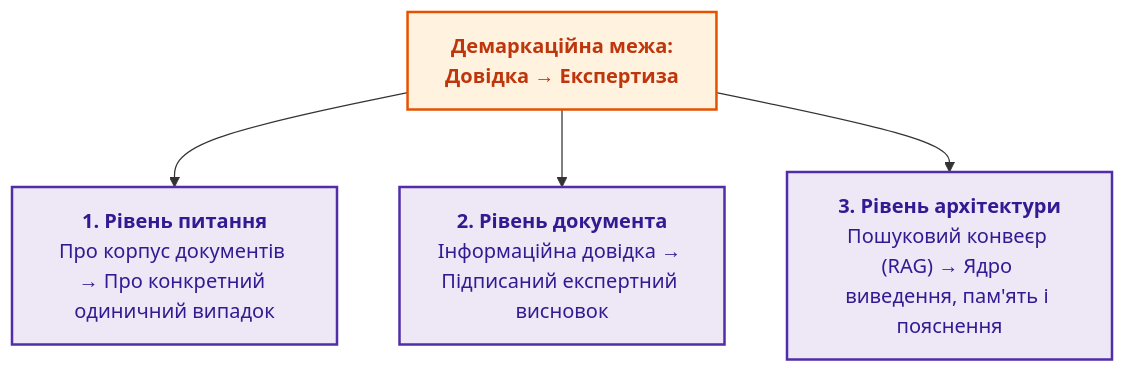
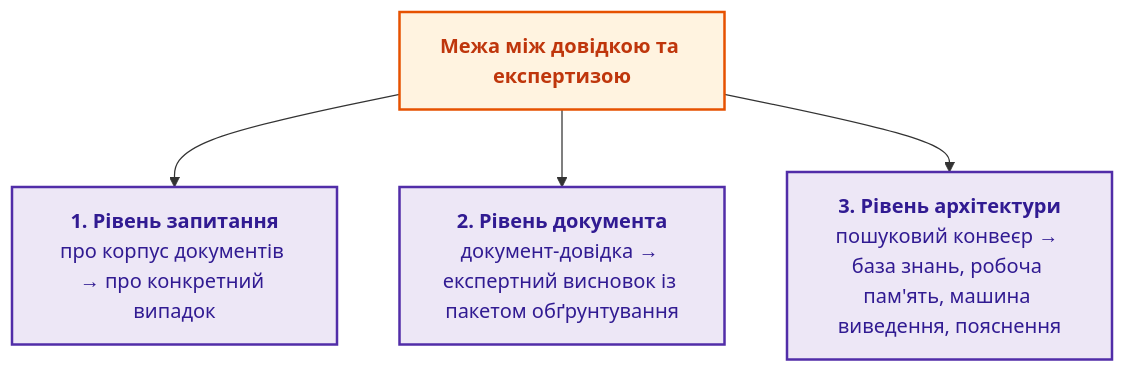
The sixth of 6 diagrams in ExpertSystem/ch03-beyond-reference-information-systems.md (nick-fedchik/articles), drawn with Mermaid before and after one commit. The commit also changed other lines of this file and 3 other files, not shown here.

````diff
--- a/ExpertSystem/ch03-beyond-reference-information-systems.md
+++ b/ExpertSystem/ch03-beyond-reference-information-systems.md
@@ -417,16 +467,16 @@
 ```mermaid
 flowchart TB
-    accTitle: Три рівні розмежування довідкових та експертних систем
-    accDescr: Межа між довідкою та експертизою на рівні формулювання запитання, типу вихідного документа та складу архітектурних блоків.
+    accTitle: Три рівні межі між довідкою та експертизою
+    accDescr: Межа між довідкою та експертизою проходить на рівні запитання, на рівні вихідного документа й на рівні архітектури.
 
-    B["<b>Демаркаційна межа:<br/>Довідка → Експертиза</b>"]
-    B --> L1["<b>1. Рівень питання</b><br/>Про корпус документів → Про конкретний одиничний випадок"]
-    B --> L2["<b>2. Рівень документа</b><br/>Інформаційна довідка → Підписаний експертний висновок"]
-    B --> L3["<b>3. Рівень архітектури</b><br/>Пошуковий конвеєр (RAG) → Ядро виведення, пам'ять і пояснення"]
+    B["<b>Межа між довідкою та експертизою</b>"]
+    B --> L1["<b>1. Рівень запитання</b><br/>про корпус документів → про конкретний випадок"]
+    B --> L2["<b>2. Рівень документа</b><br/>документ-довідка → експертний висновок із пакетом обґрунтування"]
+    B --> L3["<b>3. Рівень архітектури</b><br/>пошуковий конвеєр → база знань, робоча пам'ять, машина виведення, пояснення"]
 
     classDef root fill:#fff3e0,stroke:#e65100,stroke-width:2px,color:#bf360c;
     classDef lev fill:#ede7f6,stroke:#512da8,stroke-width:2px,color:#311b92;
 
     class B root;
     class L1,L2,L3 lev;
 ```
````
